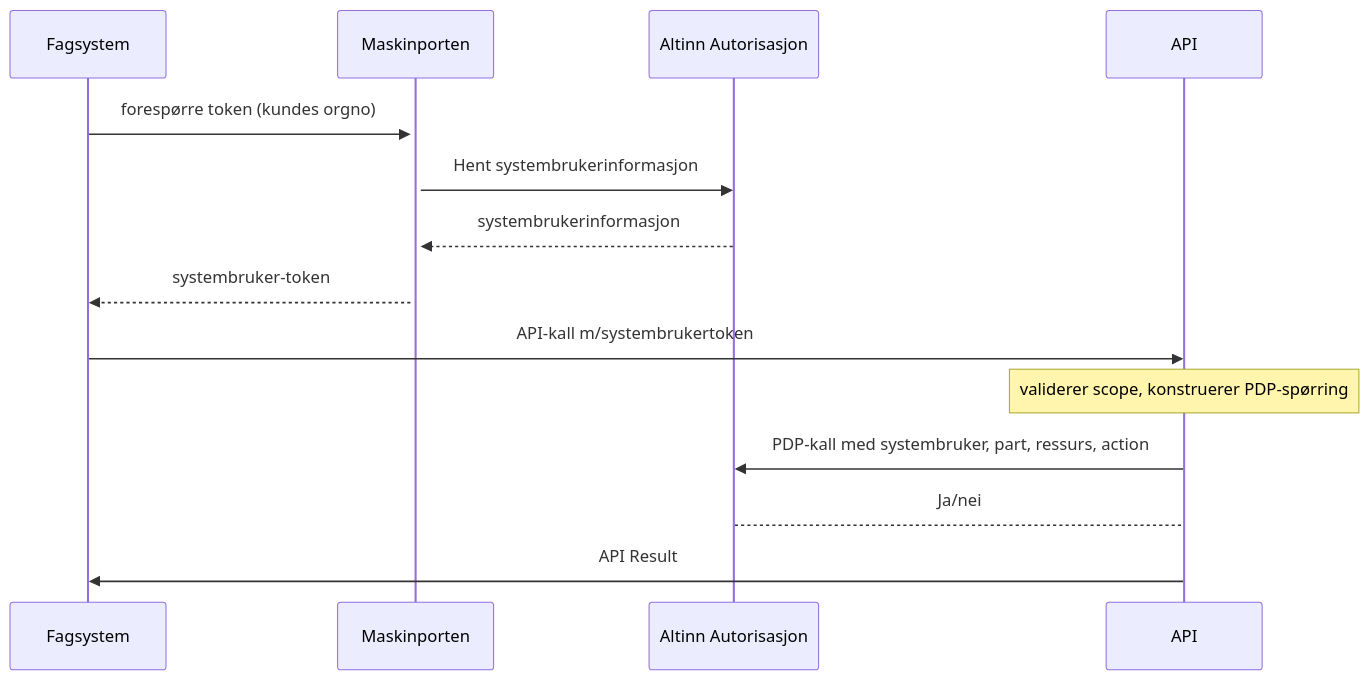
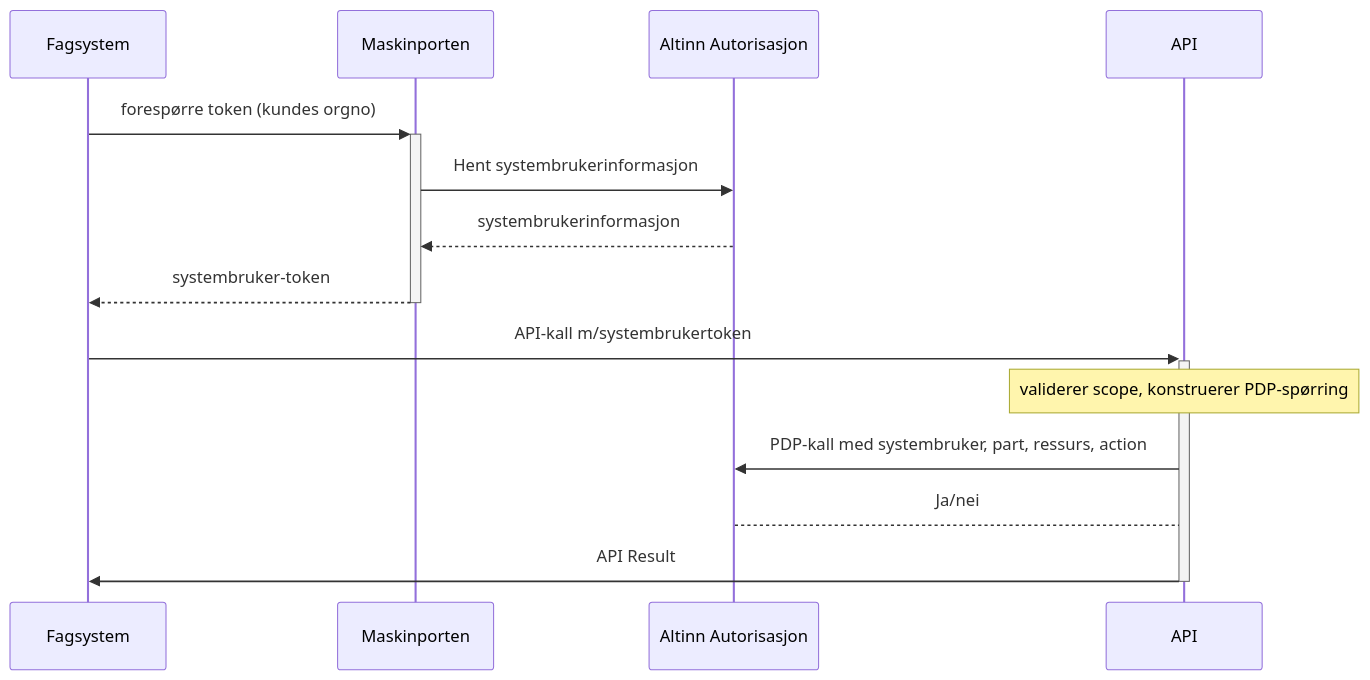
The diagram in _docs/Maskinporten/maskinporten_func_systembruker.md (felleslosninger/docs), drawn with Mermaid before and after one commit. The commit also changed other lines of this file, not shown here.

```diff
--- a/_docs/Maskinporten/maskinporten_func_systembruker.md
+++ b/_docs/Maskinporten/maskinporten_func_systembruker.md
@@ -57,12 +57,12 @@
 <div class="mermaid">
 sequenceDiagram
     Fagsystem->>+Maskinporten: forespørre token (kundes orgno)
     Maskinporten->>Altinn Autorisasjon: Hent systembrukerinformasjon 
     Altinn Autorisasjon-->>Maskinporten: systembrukerinformasjon
-    Maskinporten-->>Fagsystem: systembruker-token
-    Fagsystem->>API: API-kall m/systembrukertoken
+    Maskinporten-->>-Fagsystem: systembruker-token
+    Fagsystem->>+API: API-kall m/systembrukertoken
     note over API: validerer scope, konstruerer PDP-spørring
     API->>Altinn Autorisasjon: PDP-kall med systembruker, part, ressurs, action
     Altinn Autorisasjon-->API: Ja/nei
-    API->>Fagsystem:API Result 
+    API->>-Fagsystem:API Result 
 </div>
```
